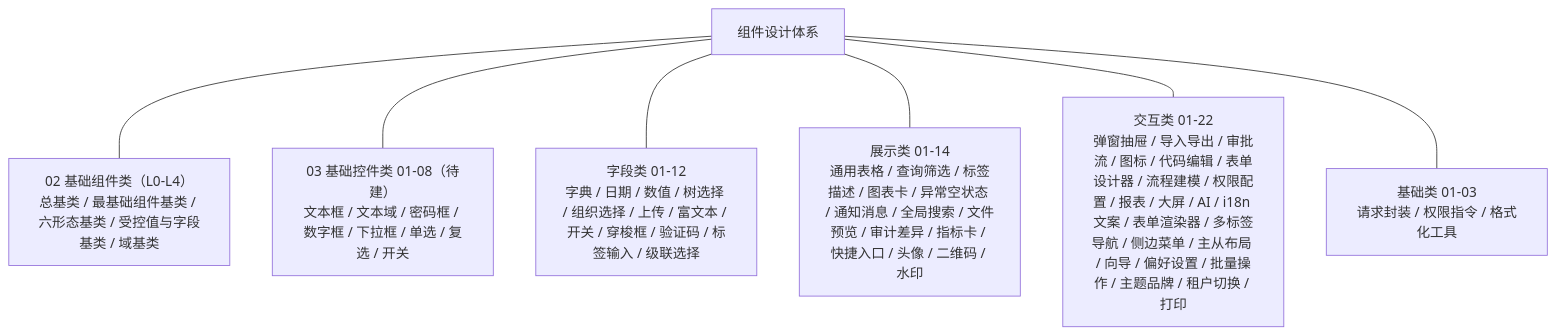
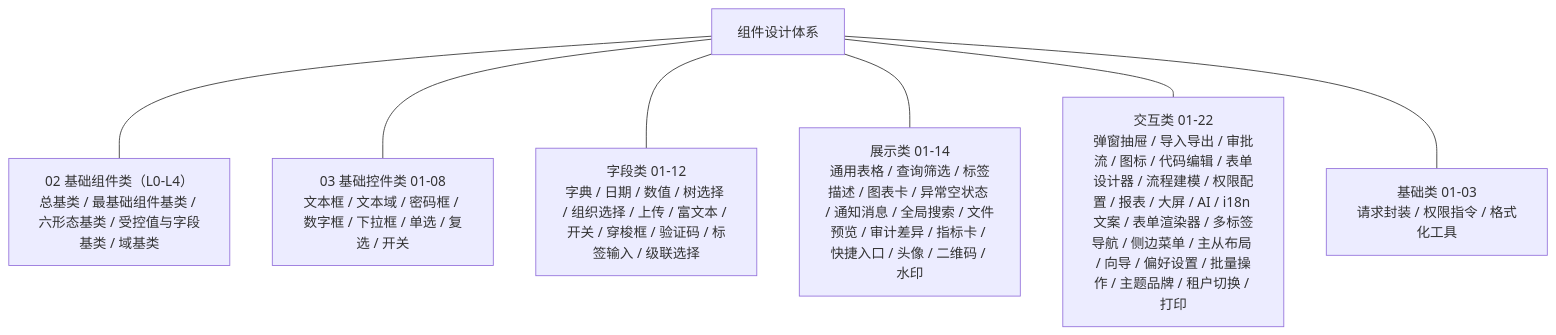
One commit to minjian123/basic-management-system changed the diagram in bms文档/设计/组件设计/01_组件设计_总览.md. Above: the diagram before and after it, drawn with Mermaid. The commit also changed other lines of this file and 22 other files, not shown here.

Commit message:
docs(设计): 新增 03 基础控件类 8 个节点（文本框/文本域/密码框/数字框/下拉框/单选/复选/开关，均继承 02 基础组件类 L4-01）及可交互原型；回改 04 字段类 01/03/08 继承对应基础控件；补全导航链并回写总览/文档首页/规划说明

````diff
--- a/bms文档/设计/组件设计/01_组件设计_总览.md
+++ b/bms文档/设计/组件设计/01_组件设计_总览.md
@@ -149,16 +149,16 @@
 ```mermaid
 graph TD
     ROOT["组件设计体系"]
     F["字段类 01-12<br/>字典 / 日期 / 数值 / 树选择 / 组织选择 / 上传 / 富文本 / 开关 / 穿梭框 / 验证码 / 标签输入 / 级联选择"]
     D["展示类 01-14<br/>通用表格 / 查询筛选 / 标签描述 / 图表卡 / 异常空状态 / 通知消息 / 全局搜索 / 文件预览 / 审计差异 / 指标卡 / 快捷入口 / 头像 / 二维码 / 水印"]
     I["交互类 01-22<br/>弹窗抽屉 / 导入导出 / 审批流 / 图标 / 代码编辑 / 表单设计器 / 流程建模 / 权限配置 / 报表 / 大屏 / AI / i18n 文案 / 表单渲染器 / 多标签导航 / 侧边菜单 / 主从布局 / 向导 / 偏好设置 / 批量操作 / 主题品牌 / 租户切换 / 打印"]
     B["基础类 01-03<br/>请求封装 / 权限指令 / 格式化工具"]
     BASE["02 基础组件类（L0-L4）<br/>总基类 / 最基础组件基类 / 六形态基类 / 受控值与字段基类 / 域基类"]
-    CTRL["03 基础控件类 01-08（待建）<br/>文本框 / 文本域 / 密码框 / 数字框 / 下拉框 / 单选 / 复选 / 开关"]
+    CTRL["03 基础控件类 01-08<br/>文本框 / 文本域 / 密码框 / 数字框 / 下拉框 / 单选 / 复选 / 开关"]
     ROOT --- BASE
     ROOT --- CTRL
     ROOT --- F
     ROOT --- D
     ROOT --- I
     ROOT --- B
 ```
````
